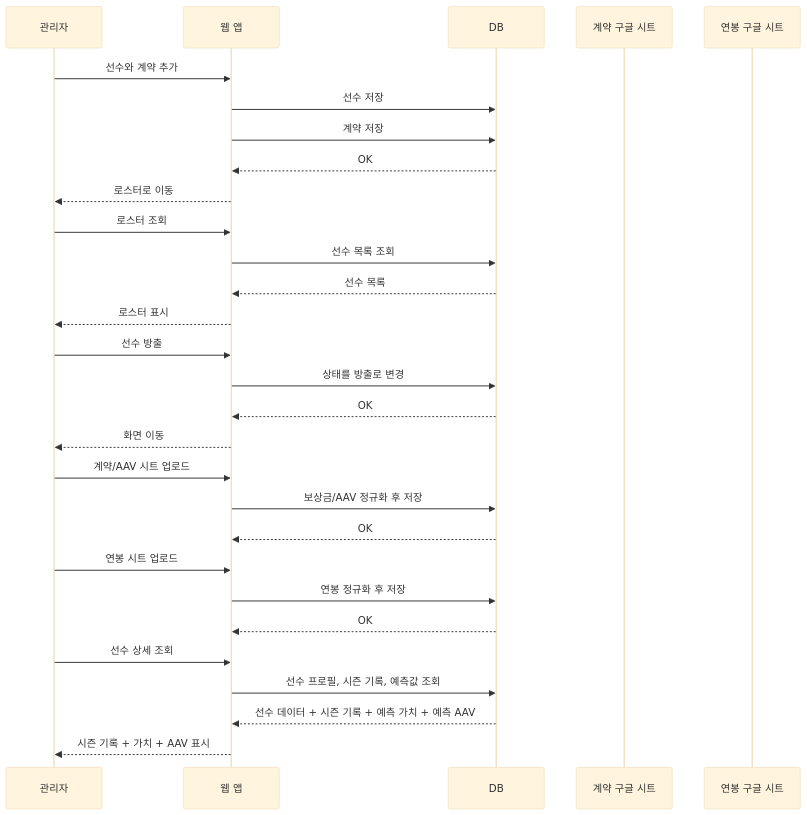
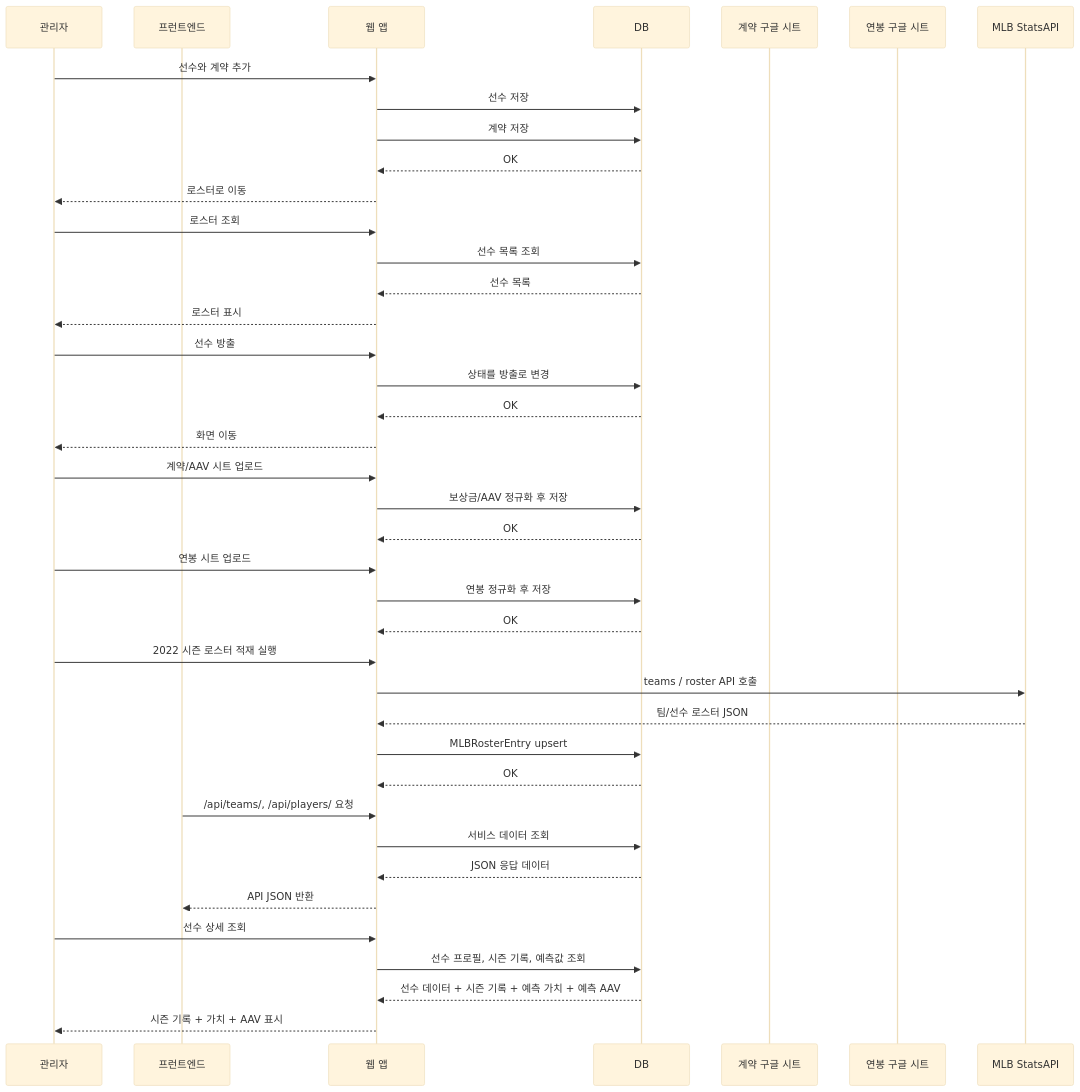
Before and after one commit to yechuk/backend: the fourth of 6 diagrams in ARCHITECTURE_TOBE.md, drawn with Mermaid (base theme). The commit also changed other lines of this file and 6 other files, not shown here.

Commit message:
Add MLB roster import pipeline

````diff
--- a/ARCHITECTURE_TOBE.md
+++ b/ARCHITECTURE_TOBE.md
@@ -164,37 +175,50 @@
 ```mermaid
 sequenceDiagram
     participant M as 관리자
+    participant F as 프런트엔드
     participant W as 웹 앱
     participant DB as DB
     participant GS1 as 계약 구글 시트
     participant GS2 as 연봉 구글 시트
+    participant MLB as MLB StatsAPI
     
     M->>W: 선수와 계약 추가
     W->>DB: 선수 저장
     W->>DB: 계약 저장
     DB-->>W: OK
     W-->>M: 로스터로 이동
     
     M->>W: 로스터 조회
     W->>DB: 선수 목록 조회
     DB-->>W: 선수 목록
     W-->>M: 로스터 표시
     
     M->>W: 선수 방출
     W->>DB: 상태를 방출로 변경
     DB-->>W: OK
     W-->>M: 화면 이동
 
     M->>W: 계약/AAV 시트 업로드
     W->>DB: 보상금/AAV 정규화 후 저장
     DB-->>W: OK
 
     M->>W: 연봉 시트 업로드
     W->>DB: 연봉 정규화 후 저장
     DB-->>W: OK
 
+    M->>W: 2022 시즌 로스터 적재 실행
+    W->>MLB: teams / roster API 호출
+    MLB-->>W: 팀/선수 로스터 JSON
+    W->>DB: MLBRosterEntry upsert
+    DB-->>W: OK
+
+    F->>W: /api/teams/, /api/players/ 요청
+    W->>DB: 서비스 데이터 조회
+    DB-->>W: JSON 응답 데이터
+    W-->>F: API JSON 반환
+
     M->>W: 선수 상세 조회
     W->>DB: 선수 프로필, 시즌 기록, 예측값 조회
     DB-->>W: 선수 데이터 + 시즌 기록 + 예측 가치 + 예측 AAV
     W-->>M: 시즌 기록 + 가치 + AAV 표시
 ```
````
